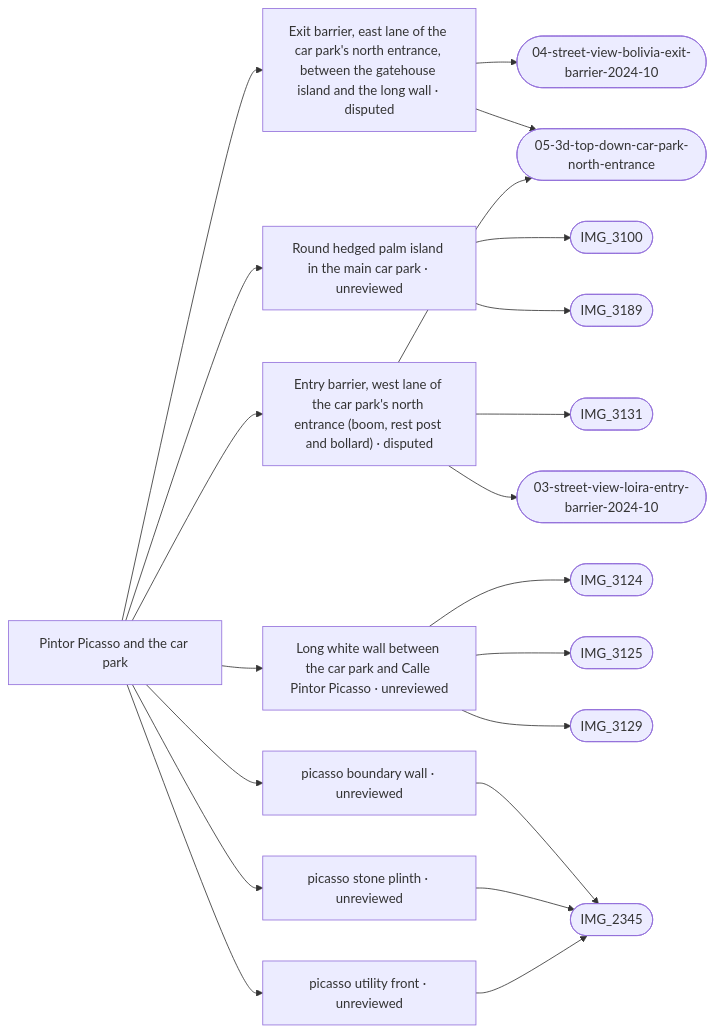
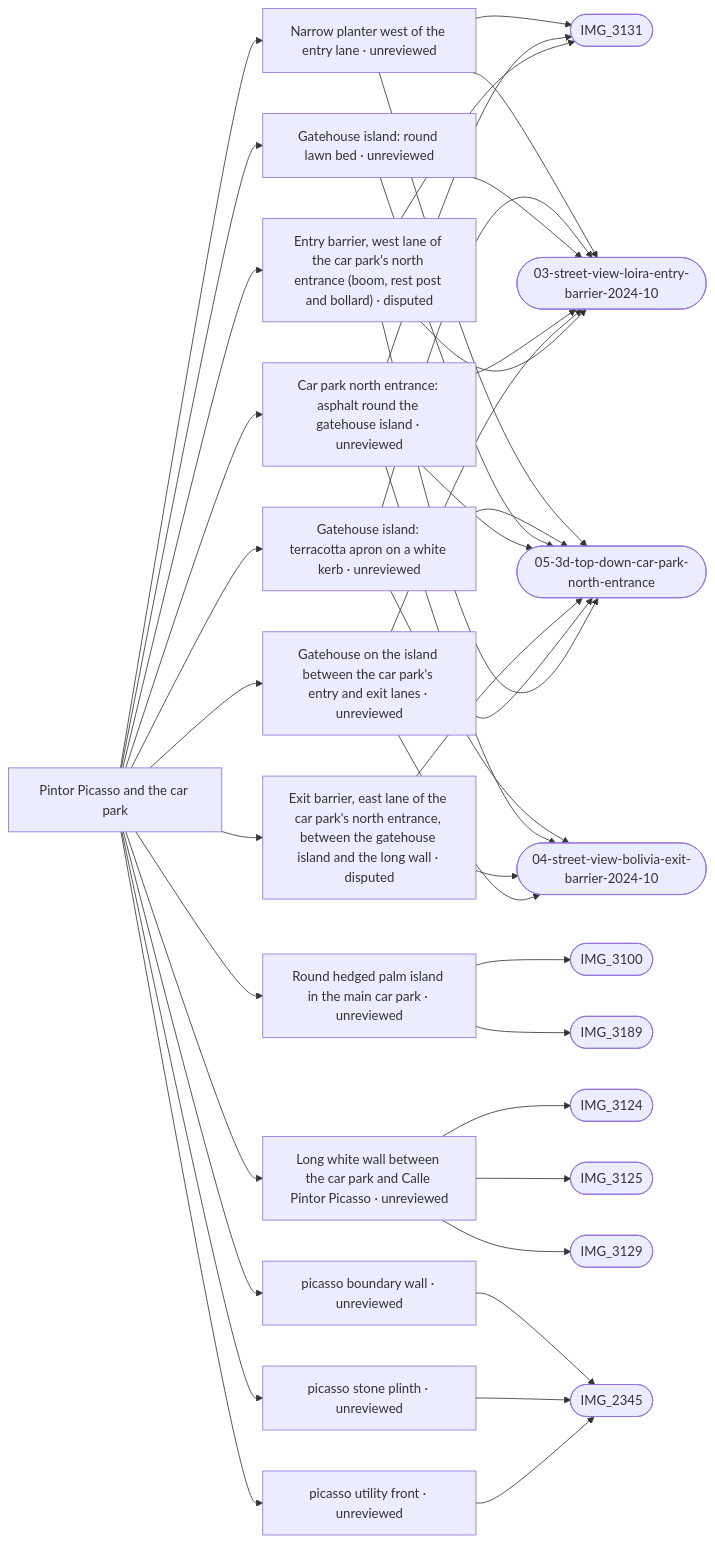
One commit to daveyboyc/villacana-venture changed the diagram in refs/areas/picasso.md. Above: the diagram before and after it, drawn with Mermaid. The commit also changed other lines of this file and 30 other files, not shown here.

First line of the commit message:
Picasso north entrance: lawn cut from the island, thicker map barriers, request answered

````diff
--- a/refs/areas/picasso.md
+++ b/refs/areas/picasso.md
@@ -41,24 +42,44 @@
 ```mermaid
 graph LR
   A["Pintor Picasso and the car park"]
-  A --> F0["Exit barrier, east lane of the car park's north entrance, between the gatehouse island and the long wall · disputed"]
-  F0 --> Pref_google_maps_04_street_view_bolivia_exit_barrier_2024_10_jpg(["04-street-view-bolivia-exit-barrier-2024-10"])
+  A --> F0["Narrow planter west of the entry lane · unreviewed"]
+  F0 --> PIMG_3131_jpg(["IMG_3131"])
+  F0 --> Pref_google_maps_03_street_view_loira_entry_barrier_2024_10_jpg(["03-street-view-loira-entry-barrier-2024-10"])
   F0 --> Pref_google_maps_05_3d_top_down_car_park_north_entrance_jpg(["05-3d-top-down-car-park-north-entrance"])
-  A --> F1["Round hedged palm island in the main car park · unreviewed"]
-  F1 --> PIMG_3100_jpg(["IMG_3100"])
-  F1 --> PIMG_3189_jpg(["IMG_3189"])
-  A --> F2["Entry barrier, west lane of the car park's north entrance (boom, rest post and bollard) · disputed"]
-  F2 --> PIMG_3131_jpg(["IMG_3131"])
+  A --> F1["Gatehouse island: terracotta apron on a white kerb · unreviewed"]
+  F1 --> Pref_google_maps_03_street_view_loira_entry_barrier_2024_10_jpg(["03-street-view-loira-entry-barrier-2024-10"])
+  F1 --> Pref_google_maps_04_street_view_bolivia_exit_barrier_2024_10_jpg(["04-street-view-bolivia-exit-barrier-2024-10"])
+  F1 --> Pref_google_maps_05_3d_top_down_car_park_north_entrance_jpg(["05-3d-top-down-car-park-north-entrance"])
+  A --> F2["Gatehouse island: round lawn bed · unreviewed"]
   F2 --> Pref_google_maps_03_street_view_loira_entry_barrier_2024_10_jpg(["03-street-view-loira-entry-barrier-2024-10"])
   F2 --> Pref_google_maps_05_3d_top_down_car_park_north_entrance_jpg(["05-3d-top-down-car-park-north-entrance"])
-  A --> F3["Long white wall between the car park and Calle Pintor Picasso · unreviewed"]
-  F3 --> PIMG_3124_jpg(["IMG_3124"])
-  F3 --> PIMG_3125_jpg(["IMG_3125"])
-  F3 --> PIMG_3129_jpg(["IMG_3129"])
-  A --> F4["picasso boundary wall · unreviewed"]
-  F4 --> PIMG_2345_jpg(["IMG_2345"])
-  A --> F5["picasso stone plinth · unreviewed"]
-  F5 --> PIMG_2345_jpg(["IMG_2345"])
-  A --> F6["picasso utility front · unreviewed"]
-  F6 --> PIMG_2345_jpg(["IMG_2345"])
+  A --> F3["Car park north entrance: asphalt round the gatehouse island · unreviewed"]
+  F3 --> PIMG_3131_jpg(["IMG_3131"])
+  F3 --> Pref_google_maps_03_street_view_loira_entry_barrier_2024_10_jpg(["03-street-view-loira-entry-barrier-2024-10"])
+  F3 --> Pref_google_maps_04_street_view_bolivia_exit_barrier_2024_10_jpg(["04-street-view-bolivia-exit-barrier-2024-10"])
+  F3 --> Pref_google_maps_05_3d_top_down_car_park_north_entrance_jpg(["05-3d-top-down-car-park-north-entrance"])
+  A --> F4["Exit barrier, east lane of the car park's north entrance, between the gatehouse island and the long wall · disputed"]
+  F4 --> Pref_google_maps_04_street_view_bolivia_exit_barrier_2024_10_jpg(["04-street-view-bolivia-exit-barrier-2024-10"])
+  F4 --> Pref_google_maps_05_3d_top_down_car_park_north_entrance_jpg(["05-3d-top-down-car-park-north-entrance"])
+  A --> F5["Gatehouse on the island between the car park's entry and exit lanes · unreviewed"]
+  F5 --> Pref_google_maps_03_street_view_loira_entry_barrier_2024_10_jpg(["03-street-view-loira-entry-barrier-2024-10"])
+  F5 --> Pref_google_maps_04_street_view_bolivia_exit_barrier_2024_10_jpg(["04-street-view-bolivia-exit-barrier-2024-10"])
+  F5 --> Pref_google_maps_05_3d_top_down_car_park_north_entrance_jpg(["05-3d-top-down-car-park-north-entrance"])
+  A --> F6["Round hedged palm island in the main car park · unreviewed"]
+  F6 --> PIMG_3100_jpg(["IMG_3100"])
+  F6 --> PIMG_3189_jpg(["IMG_3189"])
+  A --> F7["Entry barrier, west lane of the car park's north entrance (boom, rest post and bollard) · disputed"]
+  F7 --> PIMG_3131_jpg(["IMG_3131"])
+  F7 --> Pref_google_maps_03_street_view_loira_entry_barrier_2024_10_jpg(["03-street-view-loira-entry-barrier-2024-10"])
+  F7 --> Pref_google_maps_05_3d_top_down_car_park_north_entrance_jpg(["05-3d-top-down-car-park-north-entrance"])
+  A --> F8["Long white wall between the car park and Calle Pintor Picasso · unreviewed"]
+  F8 --> PIMG_3124_jpg(["IMG_3124"])
+  F8 --> PIMG_3125_jpg(["IMG_3125"])
+  F8 --> PIMG_3129_jpg(["IMG_3129"])
+  A --> F9["picasso boundary wall · unreviewed"]
+  F9 --> PIMG_2345_jpg(["IMG_2345"])
+  A --> F10["picasso stone plinth · unreviewed"]
+  F10 --> PIMG_2345_jpg(["IMG_2345"])
+  A --> F11["picasso utility front · unreviewed"]
+  F11 --> PIMG_2345_jpg(["IMG_2345"])
 ```
````
